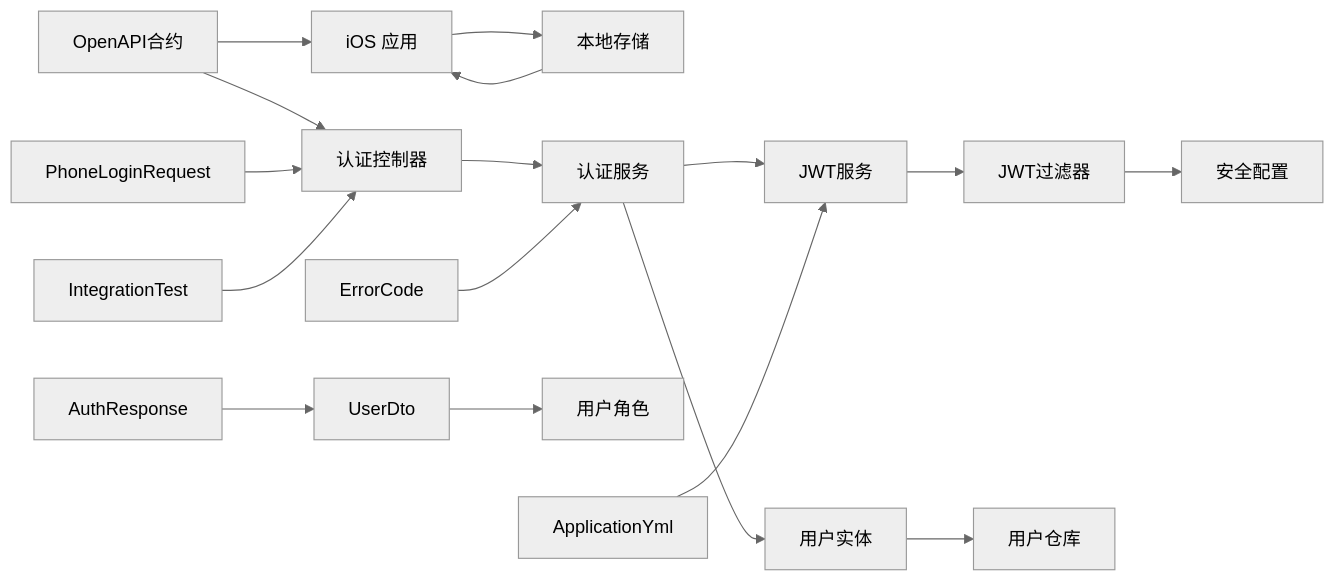
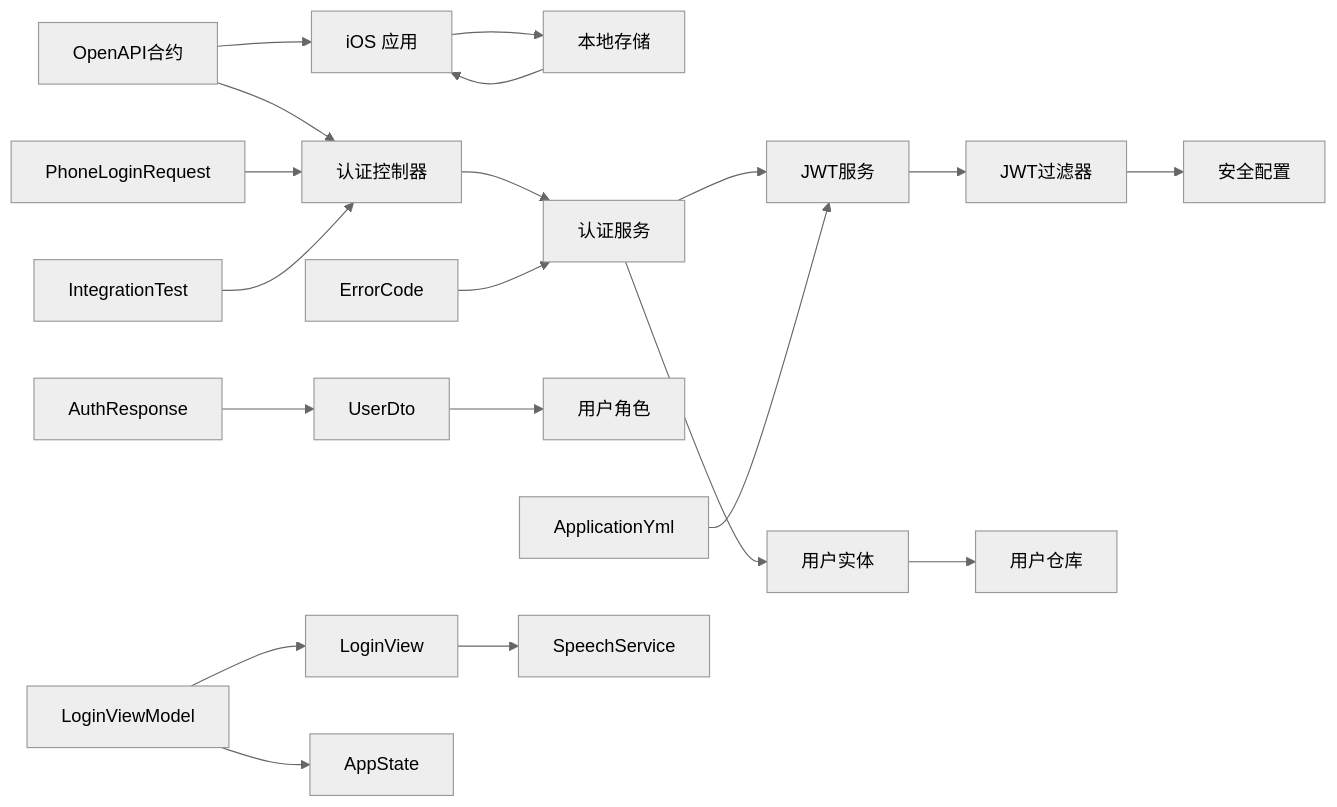
Before and after one commit to Jayden23018/blind-run-ios: diagram 13 of 13 in .qoder/repowiki/zh/content/核心功能模块/认证系统.md, drawn with Mermaid (neutral theme). The commit also changed other lines of this file and 24 other files, not shown here.

````diff
--- a/.qoder/repowiki/zh/content/核心功能模块/认证系统.md
+++ b/.qoder/repowiki/zh/content/核心功能模块/认证系统.md
@@ -660,19 +796,22 @@
 ```mermaid
 graph LR
 OpenAPI["OpenAPI合约"] --> IOS["iOS 应用"]
 IOS --> Store["本地存储"]
 Store --> IOS
 OpenAPI --> AuthController["认证控制器"]
 AuthController --> AuthService["认证服务"]
 AuthService --> JwtService["JWT服务"]
 JwtService --> JwtFilter["JWT过滤器"]
 JwtFilter --> SecurityConfig["安全配置"]
 AuthService --> AppUser["用户实体"]
 AppUser --> AppUserRepository["用户仓库"]
 UserDto --> UserRole["用户角色"]
 PhoneLoginRequest --> AuthController
 AuthResponse --> UserDto
 ErrorCode --> AuthService
 IntegrationTest --> AuthController
 ApplicationYml --> JwtService
+LoginViewModel --> LoginView
+LoginView --> SpeechService
+LoginViewModel --> AppState
 ```
````
